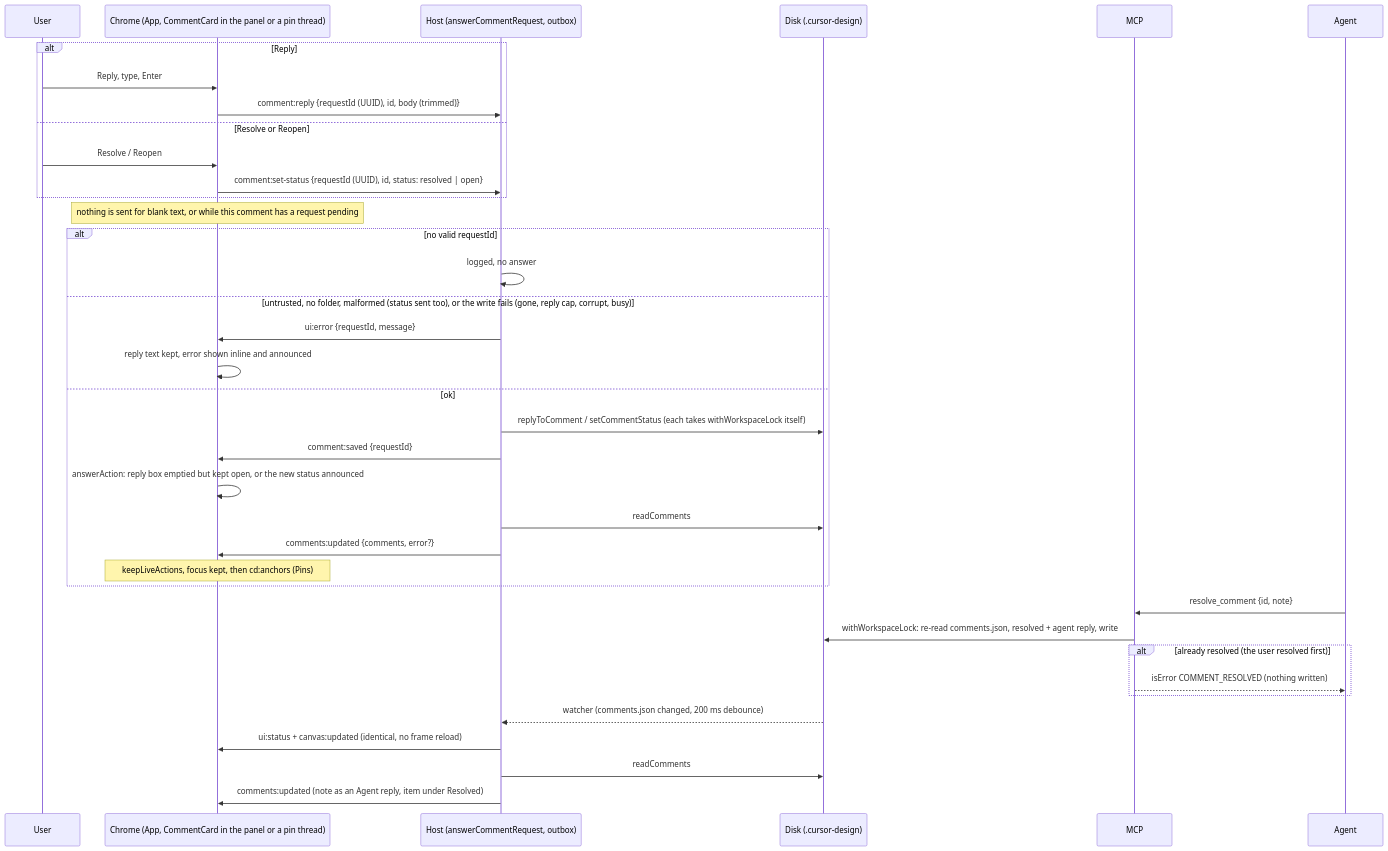
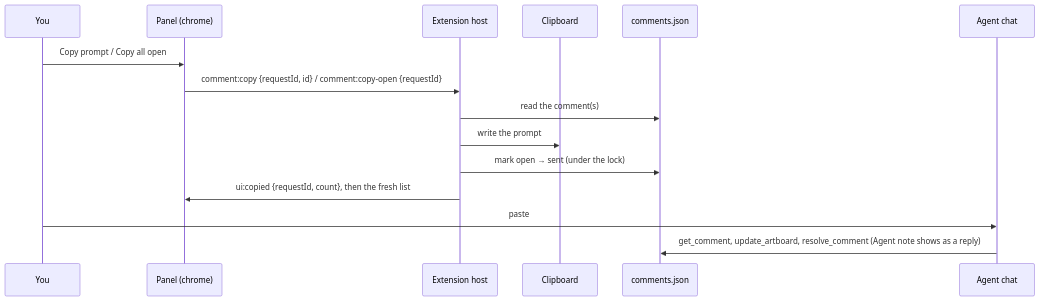
One commit to MarekBombera/cursor-design-extension changed the diagram in blueprint/context/current-feature-overview.md. Above: the diagram before and after it, drawn with Mermaid. The commit also changed other lines of this file and 26 other files, not shown here.

Commit message:
feat: add Copy prompt and Copy all open for comments (8h)

````diff
--- a/blueprint/context/current-feature-overview.md
+++ b/blueprint/context/current-feature-overview.md
@@ -48,39 +27,17 @@
 ```mermaid
 sequenceDiagram
-  participant U as User
-  participant C as Chrome (App, CommentCard in the panel or a pin thread)
-  participant H as Host (answerCommentRequest, outbox)
-  participant D as Disk (.cursor-design)
-  participant M as MCP
-  participant A as Agent
-  alt Reply
-    U->>C: Reply, type, Enter
-    C->>H: comment:reply {requestId (UUID), id, body (trimmed)}
-  else Resolve or Reopen
-    U->>C: Resolve / Reopen
-    C->>H: comment:set-status {requestId (UUID), id, status: resolved | open}
-  end
-  Note over C: nothing is sent for blank text, or while this comment has a request pending
-  alt no valid requestId
-    H->>H: logged, no answer
-  else untrusted, no folder, malformed (status sent too), or the write fails (gone, reply cap, corrupt, busy)
-    H->>C: ui:error {requestId, message}
-    C->>C: reply text kept, error shown inline and announced
-  else ok
-    H->>D: replyToComment / setCommentStatus (each takes withWorkspaceLock itself)
-    H->>C: comment:saved {requestId}
-    C->>C: answerAction: reply box emptied but kept open, or the new status announced
-    H->>D: readComments
-    H->>C: comments:updated {comments, error?}
-    Note over C: keepLiveActions, focus kept, then cd:anchors (Pins)
-  end
-  A->>M: resolve_comment {id, note}
-  M->>D: withWorkspaceLock: re-read comments.json, resolved + agent reply, write
-  alt already resolved (the user resolved first)
-    M-->>A: isError COMMENT_RESOLVED (nothing written)
-  end
-  D-->>H: watcher (comments.json changed, 200 ms debounce)
-  H->>C: ui:status + canvas:updated (identical, no frame reload)
-  H->>D: readComments
-  H->>C: comments:updated (note as an Agent reply, item under Resolved)
+  participant U as You
+  participant C as Panel (chrome)
+  participant H as Extension host
+  participant CB as Clipboard
+  participant D as comments.json
+  participant A as Agent chat
+  U->>C: Copy prompt / Copy all open
+  C->>H: comment:copy {requestId, id} / comment:copy-open {requestId}
+  H->>D: read the comment(s)
+  H->>CB: write the prompt
+  H->>D: mark open → sent (under the lock)
+  H->>C: ui:copied {requestId, count}, then the fresh list
+  U->>A: paste
+  A->>D: get_comment, update_artboard, resolve_comment (Agent note shows as a reply)
 ```
````
